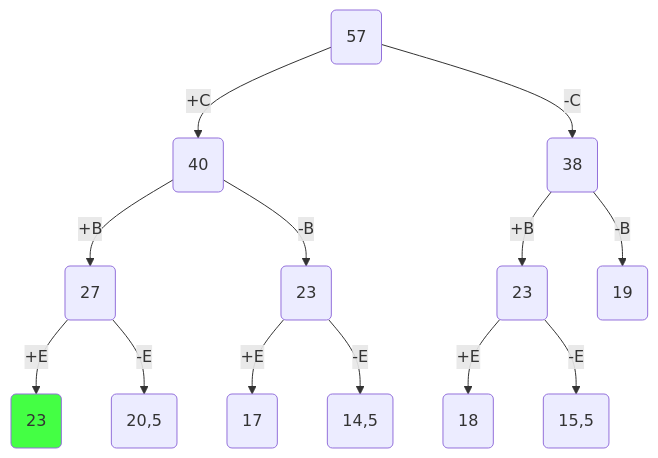
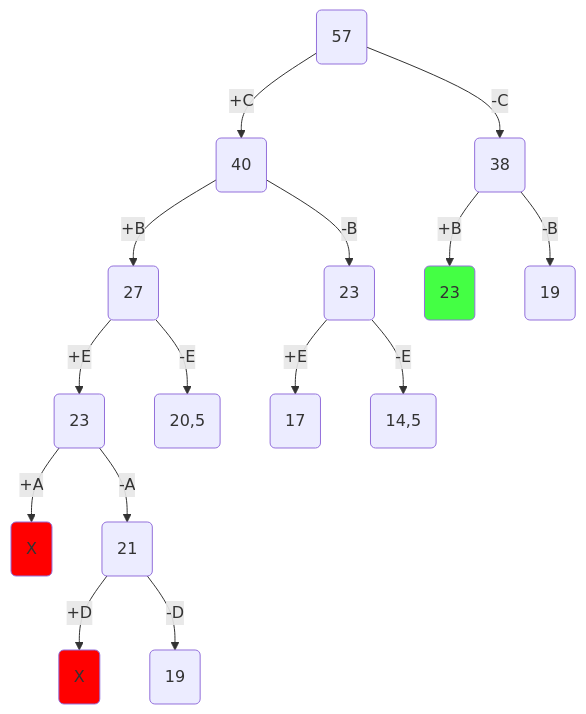
Before and after one commit to algos-ris-24-4/manual-tasks: the sixth of 8 diagrams in Задание 12/crani.md, drawn with Mermaid. The commit also changed other lines of this file, not shown here.

````diff
--- a/Задание 12/crani.md
+++ b/Задание 12/crani.md
@@ -211,30 +232,36 @@
 ```mermaid
 flowchart TD
 A(57)
 B(40)
 C(38)
 D(27)
 E(23)
 F(23)
 G(19)
 H(23)
 I(20,5)
+P(X)
+Q(21)
+R(X)
+S(19)
 J(17)
 K(14,5)
-L(18)
-M(15,5)
-A -- +C--> B
-A -- -C--> C
-B -- +B--> D
-B -- -B--> E
-C -- +B--> F
-C -- -B--> G
-D -- +E--> H
-D -- -E--> I
-E -- +E--> J
-E -- -E--> K
-F -- +E--> L
-F -- -E--> M
+A -- +C --> B
+A -- -C --> C
+B -- +B --> D
+B -- -B --> E
+C -- +B --> F
+C -- -B --> G
+D -- +E --> H
+D -- -E --> I
+H -- +A --> P
+H -- -A --> Q
+Q -- +D --> R
+Q -- -D --> S
+E -- +E --> J
+E -- -E --> K
 
-style H fill:#4f4f
+style P fill:#FF0000
+style R fill:#FF0000
+style F fill:#4f4f
 ```
````
